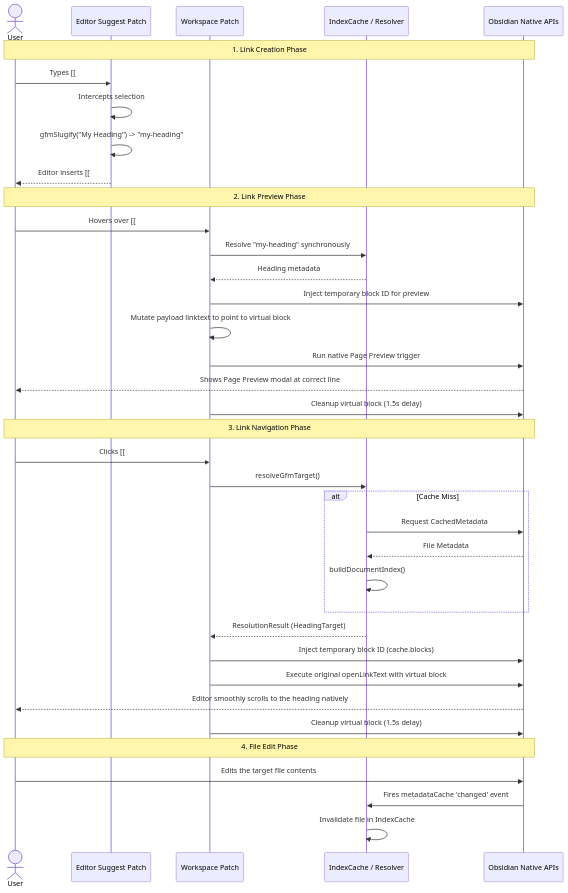
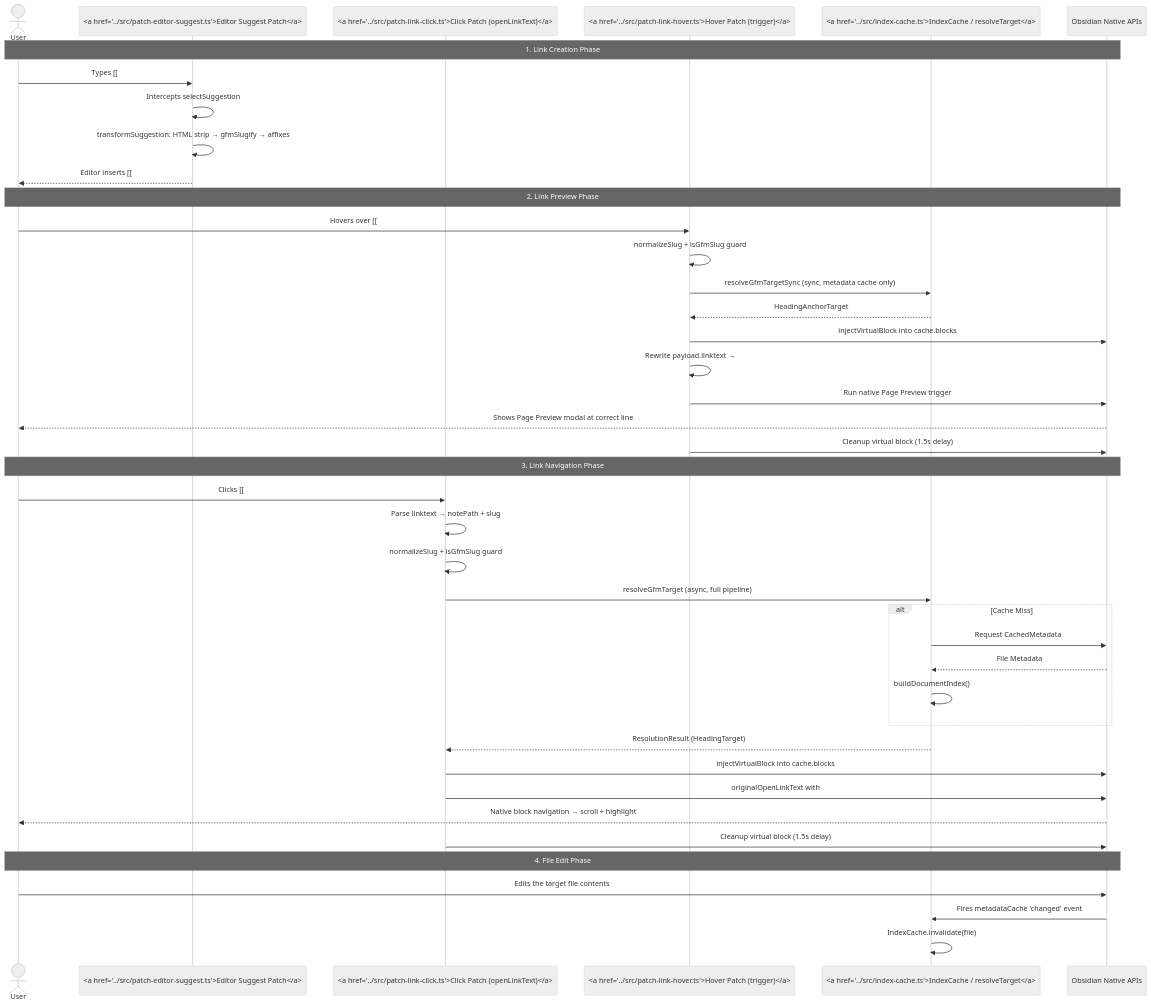
One commit to lucasgaldinos/obsidian-gfm-headers changed the sixth of 6 diagrams in docs/architecture.md. Above: the diagram before and after it, drawn with Mermaid. The commit also changed other lines of this file and 31 other files, not shown here.

````diff
--- a/docs/architecture.md
+++ b/docs/architecture.md
@@ -172,49 +330,61 @@
 ```mermaid
+---
+config:
+  theme: neutral
+  sequence:
+    mirrorActors: true
+    actorMargin: 60
+    messageMargin: 40
+---
 sequenceDiagram
     actor User
-    participant Editor as Editor Suggest Patch
-    participant Patch as Workspace Patch
-    participant Resolver as IndexCache / Resolver
+    participant Editor as <a href='../src/patch-editor-suggest.ts'>Editor Suggest Patch</a>
+    participant Click as <a href='../src/patch-link-click.ts'>Click Patch (openLinkText)</a>
+    participant Hover as <a href='../src/patch-link-hover.ts'>Hover Patch (trigger)</a>
+    participant Resolver as <a href='../src/index-cache.ts'>IndexCache / resolveTarget</a>
     participant Obsidian as Obsidian Native APIs
 
     %% 1. Writing the Link
     Note over User, Obsidian: 1. Link Creation Phase
     User->>Editor: Types [[# My Heading
-    Editor->>Editor: Intercepts selection
-    Editor->>Editor: gfmSlugify("My Heading") -> "my-heading"
+    Editor->>Editor: Intercepts selectSuggestion
+    Editor->>Editor: transformSuggestion: HTML strip → gfmSlugify → affixes
     Editor-->>User: Editor inserts [[#my-heading]]
 
     %% 2. Hovering the Link
     Note over User, Obsidian: 2. Link Preview Phase
-    User->>Patch: Hovers over [[#my-heading]]
-    Patch->>Resolver: Resolve "my-heading" synchronously
-    Resolver-->>Patch: Heading metadata
-    Patch->>Obsidian: Inject temporary block ID for preview
-    Patch->>Patch: Mutate payload linktext to point to virtual block
-    Patch->>Obsidian: Run native Page Preview trigger
+    User->>Hover: Hovers over [[#my-heading]]
+    Hover->>Hover: normalizeSlug + isGfmSlug guard
+    Hover->>Resolver: resolveGfmTargetSync (sync, metadata cache only)
+    Resolver-->>Hover: HeadingAnchorTarget
+    Hover->>Obsidian: injectVirtualBlock into cache.blocks
+    Hover->>Hover: Rewrite payload.linktext → #^gfm-{slug}
+    Hover->>Obsidian: Run native Page Preview trigger
     Obsidian-->>User: Shows Page Preview modal at correct line
-    Patch->>Obsidian: Cleanup virtual block (1.5s delay)
+    Hover->>Obsidian: Cleanup virtual block (1.5s delay)
 
     %% 3. Clicking the Link
     Note over User, Obsidian: 3. Link Navigation Phase
-    User->>Patch: Clicks [[#my-heading]]
-    Patch->>Resolver: resolveGfmTarget()
-    
+    User->>Click: Clicks [[#my-heading]]
+    Click->>Click: Parse linktext → notePath + slug
+    Click->>Click: normalizeSlug + isGfmSlug guard
+    Click->>Resolver: resolveGfmTarget (async, full pipeline)
+
     alt Cache Miss
         Resolver->>Obsidian: Request CachedMetadata
         Obsidian-->>Resolver: File Metadata
         Resolver->>Resolver: buildDocumentIndex()
     end
-    
-    Resolver-->>Patch: ResolutionResult (HeadingTarget)
-    Patch->>Obsidian: Inject temporary block ID (cache.blocks)
-    Patch->>Obsidian: Execute original openLinkText with virtual block
-    Obsidian-->>User: Editor smoothly scrolls to the heading natively
-    Patch->>Obsidian: Cleanup virtual block (1.5s delay)
+
+    Resolver-->>Click: ResolutionResult (HeadingTarget)
+    Click->>Obsidian: injectVirtualBlock into cache.blocks
+    Click->>Obsidian: originalOpenLinkText with #^gfm-click-{slug}
+    Obsidian-->>User: Native block navigation → scroll + highlight
+    Click->>Obsidian: Cleanup virtual block (1.5s delay)
 
     %% 4. Invalidating the cache
     Note over User, Obsidian: 4. File Edit Phase
     User->>Obsidian: Edits the target file contents
     Obsidian->>Resolver: Fires metadataCache 'changed' event
-    Resolver->>Resolver: Invalidate file in IndexCache
+    Resolver->>Resolver: IndexCache.invalidate(file)
 ```
````
